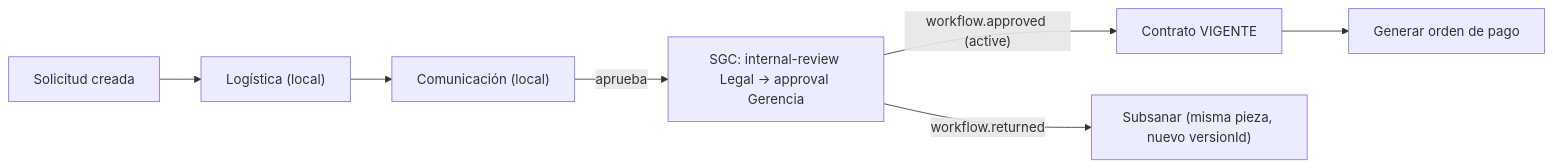
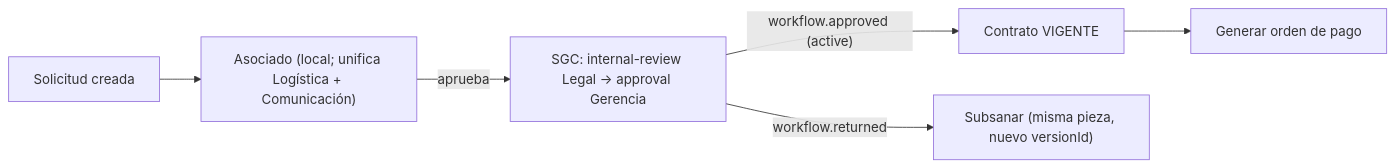
One commit to edsonHuamaniIimp/ecommerce changed the fourth of 5 diagrams in docs/03-arquitectura/vision-general.md. Above: the diagram before and after it, drawn with Mermaid. The commit also changed other lines of this file and 147 other files, not shown here.

````diff
--- a/docs/03-arquitectura/vision-general.md
+++ b/docs/03-arquitectura/vision-general.md
@@ -62,9 +62,8 @@
 ```mermaid
 flowchart LR
-  Sol["Solicitud creada"] --> Log["Logística (local)"]
-  Log --> Com["Comunicación (local)"]
-  Com -->|aprueba| SGC["SGC: internal-review Legal → approval Gerencia"]
+  Sol["Solicitud creada"] --> Log["Asociado (local; unifica Logística + Comunicación)"]
+  Log -->|aprueba| SGC["SGC: internal-review Legal → approval Gerencia"]
   SGC -->|"workflow.approved (active)"| Vig["Contrato VIGENTE"]
   Vig --> OP["Generar orden de pago"]
   SGC -->|"workflow.returned"| Sub["Subsanar (misma pieza, nuevo versionId)"]
 ```
````
